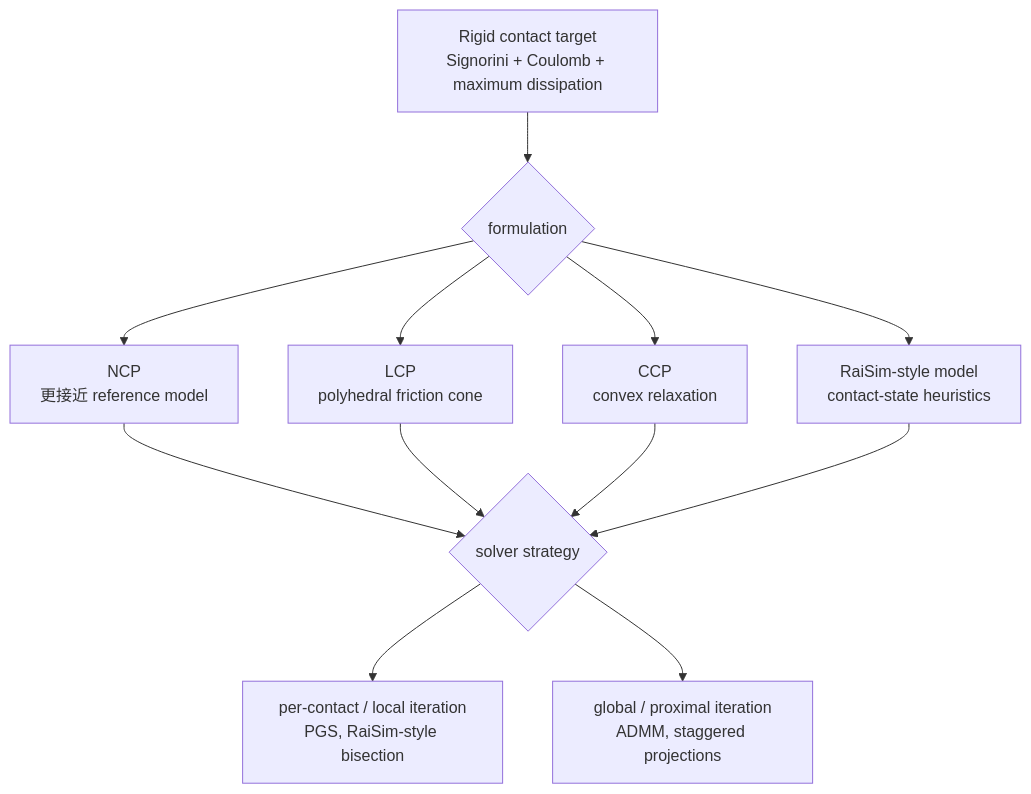
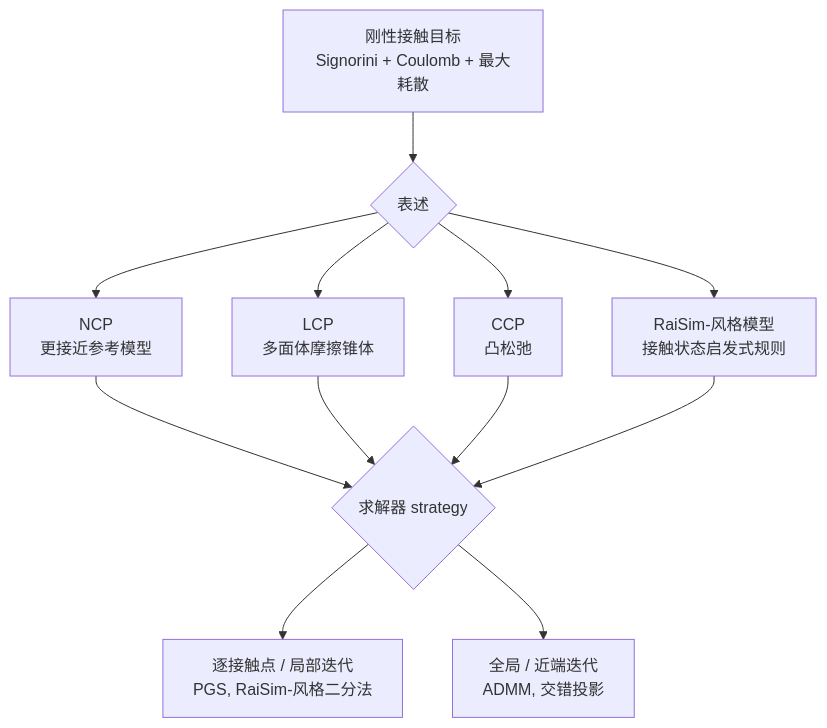
The diagram in wiki/concepts/ContactSolvers.md (niuverse/llm-wiki), drawn with Mermaid before and after one commit. The commit also changed other lines of this file and 123 other files, not shown here.

````diff
--- a/wiki/concepts/ContactSolvers.md
+++ b/wiki/concepts/ContactSolvers.md
@@ -25,14 +25,14 @@
 ```mermaid
 flowchart TD
-  A["Rigid contact target<br/>Signorini + Coulomb + maximum dissipation"] --> B{"formulation"}
-  B --> C["NCP<br/>更接近 reference model"]
-  B --> D["LCP<br/>polyhedral friction cone"]
-  B --> E["CCP<br/>convex relaxation"]
-  B --> F["RaiSim-style model<br/>contact-state heuristics"]
-  C --> G{"solver strategy"}
+  A["刚性接触目标<br/>Signorini + Coulomb + 最大耗散"] --> B{"表述"}
+  B --> C["NCP<br/>更接近参考模型"]
+  B --> D["LCP<br/>多面体摩擦锥体"]
+  B --> E["CCP<br/>凸松弛"]
+  B --> F["RaiSim-风格模型<br/>接触状态启发式规则"]
+  C --> G{"求解器 strategy"}
   D --> G
   E --> G
   F --> G
-  G --> H["per-contact / local iteration<br/>PGS, RaiSim-style bisection"]
-  G --> I["global / proximal iteration<br/>ADMM, staggered projections"]
+  G --> H["逐接触点 / 局部迭代<br/>PGS, RaiSim-风格二分法"]
+  G --> I["全局 / 近端迭代<br/>ADMM, 交错投影"]
 ```
````
